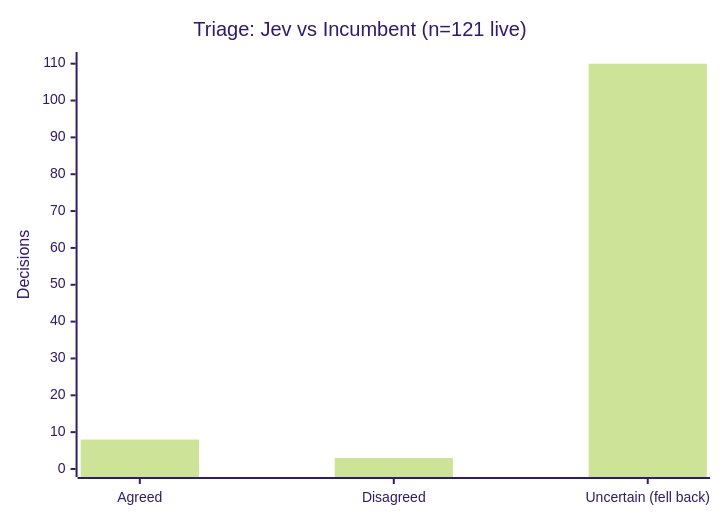
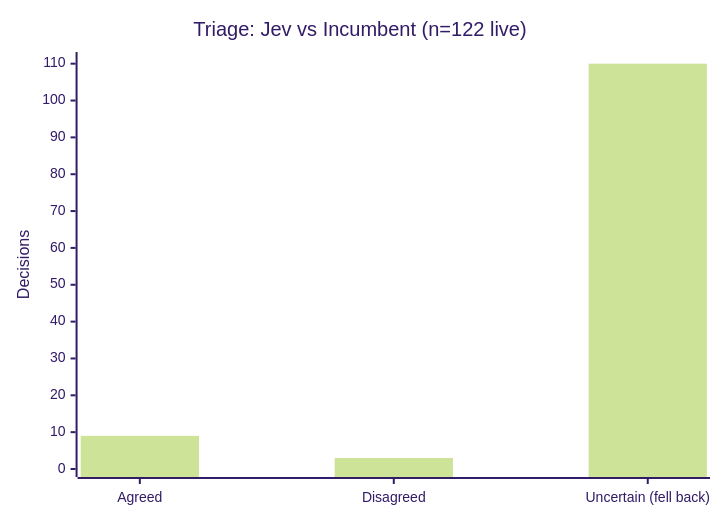
Before and after one commit to Sanctum-Origo-Systems/autoloop: the first of 6 diagrams in JEV.md, drawn with Mermaid (forest theme). The commit also changed other lines of this file, not shown here.

Commit message:
chore: update jev report (2026-11-28) (#524)

````diff
--- a/JEV.md
+++ b/JEV.md
@@ -9,7 +9,7 @@
 ```mermaid
 xychart-beta
-    title "Triage: Jev vs Incumbent (n=121 live)"
+    title "Triage: Jev vs Incumbent (n=122 live)"
     x-axis ["Agreed", "Disagreed", "Uncertain (fell back)"]
     y-axis "Decisions" 0 --> 111
-    bar [8, 3, 110]
+    bar [9, 3, 110]
 ```
````
